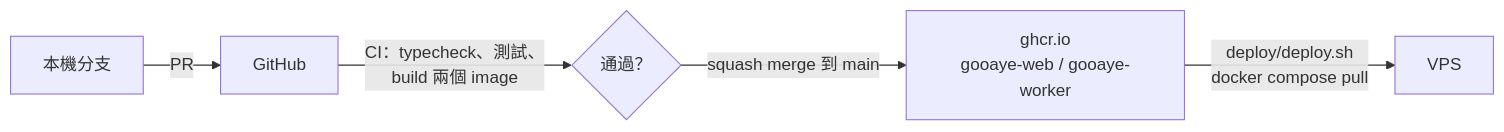
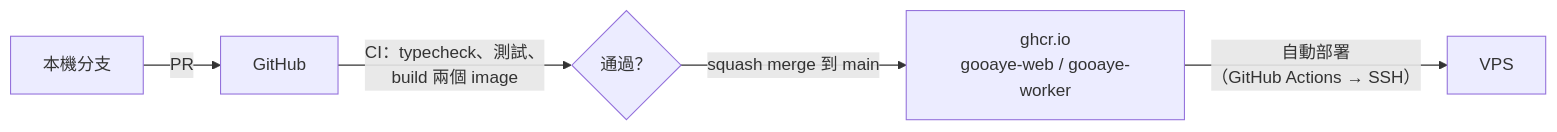
The fifth of 5 diagrams in README.md (tommy3713/podcast-search), drawn with Mermaid before and after one commit. The commit also changed other lines of this file and 11 other files, not shown here.

````diff
--- a/README.md
+++ b/README.md
@@ -113,7 +113,7 @@
 ```mermaid
 flowchart LR
   dev["本機分支"] -- PR --> gh["GitHub"]
   gh -- "CI：typecheck、測試、<br/>build 兩個 image" --> check{"通過？"}
   check -- "squash merge 到 main" --> ghcr["ghcr.io<br/>gooaye-web / gooaye-worker"]
-  ghcr -- "deploy/deploy.sh<br/>docker compose pull" --> vps["VPS"]
+  ghcr -- "自動部署<br/>（GitHub Actions → SSH）" --> vps["VPS"]
 ```
````
